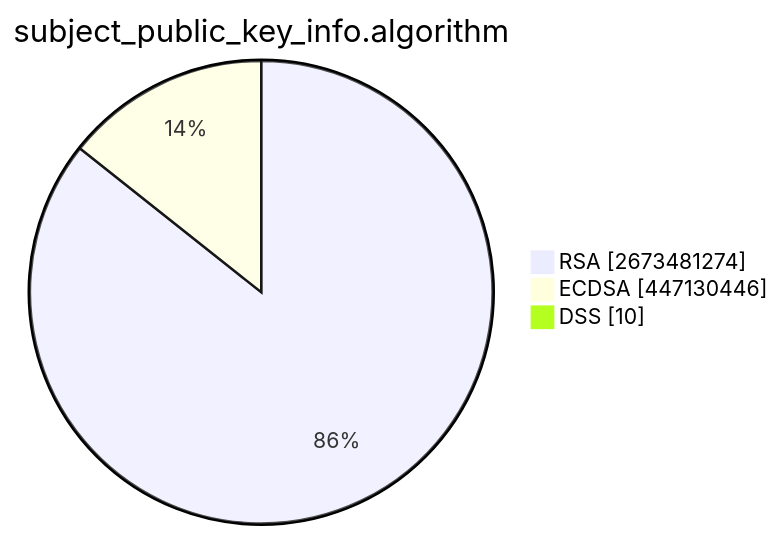
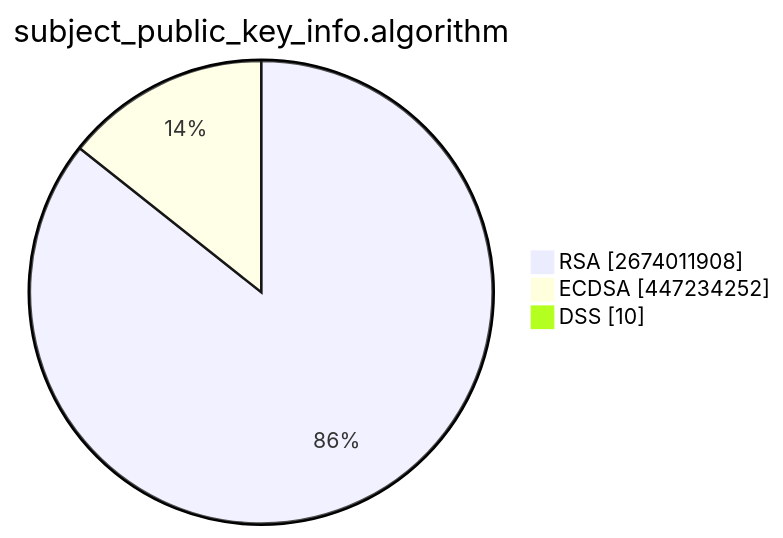
One commit to christiankrug/ctmonitor_visualization changed the second of 15 diagrams in TOTAL/README.md. Above: the diagram before and after it, drawn with Mermaid. The commit also changed other lines of this file, not shown here.

````diff
--- a/TOTAL/README.md
+++ b/TOTAL/README.md
@@ -6,7 +6,7 @@
 ```mermaid
 pie showData
 title subject_public_key_info.algorithm
-"RSA" :2673481274
-"ECDSA" :447130446
+"RSA" :2674011908
+"ECDSA" :447234252
 "DSS" :10
 ```
````
